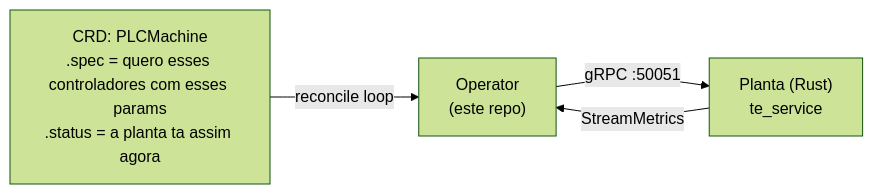
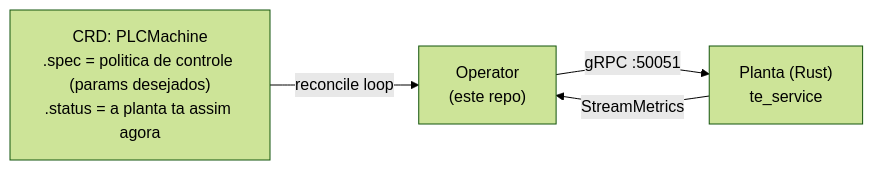
Before and after one commit to Green-Cinnamon-Labs/cluster-api-provider-plc: the diagram in docs/01-visao-geral.md, drawn with Mermaid (forest theme). The commit also changed other lines of this file and 4 other files, not shown here.

````diff
--- a/docs/01-visao-geral.md
+++ b/docs/01-visao-geral.md
@@ -22,11 +22,11 @@
 ```mermaid
 flowchart LR
-    CRD["CRD: PLCMachine<br/>.spec = quero esses controladores com esses params<br/>.status = a planta ta assim agora"]
+    CRD["CRD: PLCMachine<br/>.spec = politica de controle (params desejados)<br/>.status = a planta ta assim agora"]
 
     Operator["Operator<br/>(este repo)"]
     Plant["Planta (Rust)<br/>te_service"]
 
     CRD -->|reconcile loop| Operator
     Operator -->|gRPC :50051| Plant
     Plant -->|StreamMetrics| Operator
 ```
````
